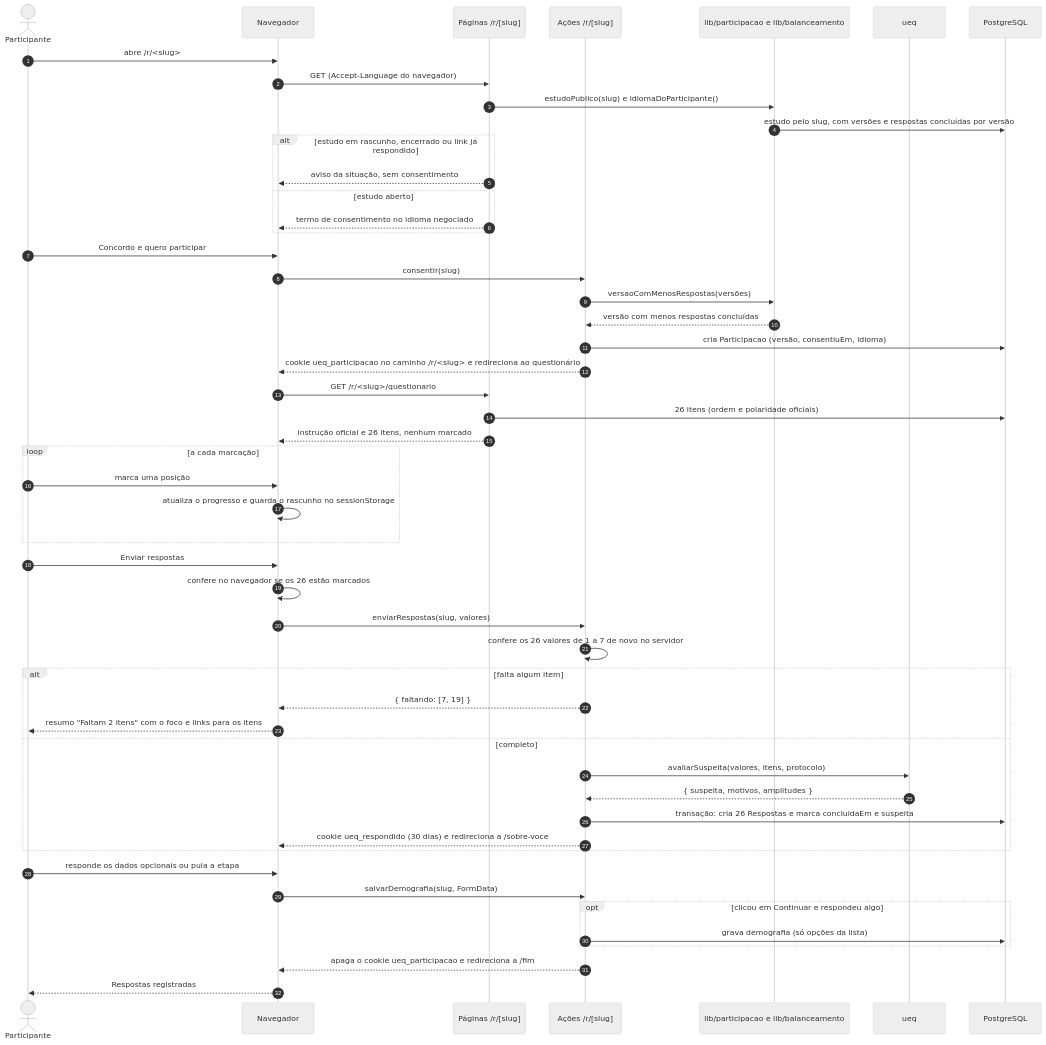
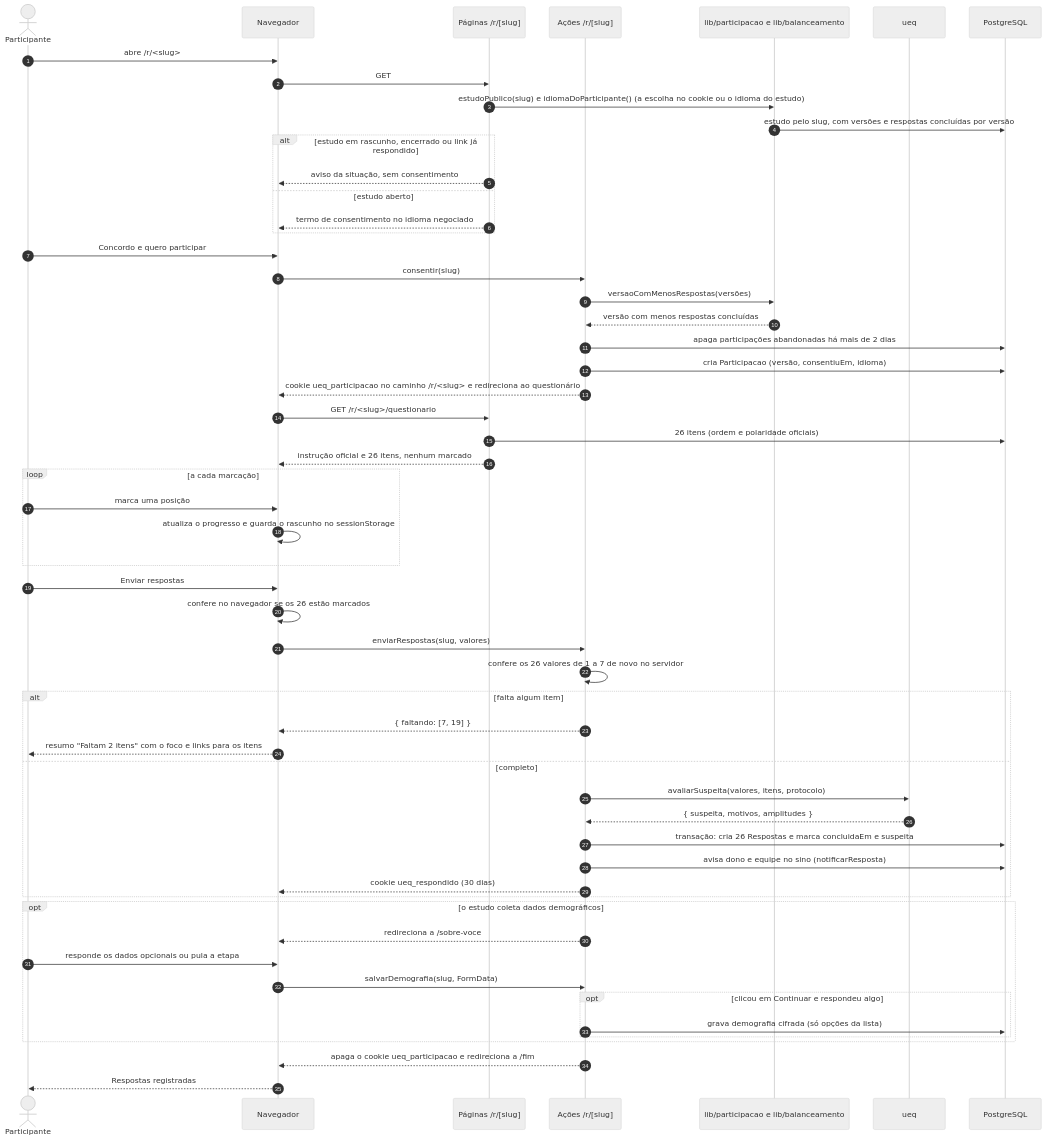
Before and after one commit to gabrielfjm/ueq_form_ihc: the second of 8 diagrams in docs/documentacao/diagramas-de-sequencia.md, drawn with Mermaid (neutral theme). The commit also changed other lines of this file and 54 other files, not shown here.

````diff
--- a/docs/documentacao/diagramas-de-sequencia.md
+++ b/docs/documentacao/diagramas-de-sequencia.md
@@ -68,58 +84,63 @@
 ```mermaid
 sequenceDiagram
     autonumber
     actor Part as Participante
     participant Nav as Navegador
     participant Pag as Páginas /r/[slug]
     participant Acao as Ações /r/[slug]
     participant Lib as lib/participacao e lib/balanceamento
     participant Ueq as ueq
     participant BD as PostgreSQL
 
     Part->>Nav: abre /r/<slug>
-    Nav->>Pag: GET (Accept-Language do navegador)
-    Pag->>Lib: estudoPublico(slug) e idiomaDoParticipante()
+    Nav->>Pag: GET
+    Pag->>Lib: estudoPublico(slug) e idiomaDoParticipante() (a escolha no cookie ou o idioma do estudo)
     Lib->>BD: estudo pelo slug, com versões e respostas concluídas por versão
     alt estudo em rascunho, encerrado ou link já respondido
         Pag-->>Nav: aviso da situação, sem consentimento
     else estudo aberto
         Pag-->>Nav: termo de consentimento no idioma negociado
     end
 
     Part->>Nav: Concordo e quero participar
     Nav->>Acao: consentir(slug)
     Acao->>Lib: versaoComMenosRespostas(versões)
     Lib-->>Acao: versão com menos respostas concluídas
+    Acao->>BD: apaga participações abandonadas há mais de 2 dias
     Acao->>BD: cria Participacao (versão, consentiuEm, idioma)
     Acao-->>Nav: cookie ueq_participacao no caminho /r/<slug> e redireciona ao questionário
 
     Nav->>Pag: GET /r/<slug>/questionario
     Pag->>BD: 26 itens (ordem e polaridade oficiais)
     Pag-->>Nav: instrução oficial e 26 itens, nenhum marcado
     loop a cada marcação
         Part->>Nav: marca uma posição
         Nav->>Nav: atualiza o progresso e guarda o rascunho no sessionStorage
     end
 
     Part->>Nav: Enviar respostas
     Nav->>Nav: confere no navegador se os 26 estão marcados
     Nav->>Acao: enviarRespostas(slug, valores)
     Acao->>Acao: confere os 26 valores de 1 a 7 de novo no servidor
     alt falta algum item
         Acao-->>Nav: { faltando: [7, 19] }
         Nav-->>Part: resumo "Faltam 2 itens" com o foco e links para os itens
     else completo
         Acao->>Ueq: avaliarSuspeita(valores, itens, protocolo)
         Ueq-->>Acao: { suspeita, motivos, amplitudes }
         Acao->>BD: transação: cria 26 Respostas e marca concluidaEm e suspeita
-        Acao-->>Nav: cookie ueq_respondido (30 dias) e redireciona a /sobre-voce
+        Acao->>BD: avisa dono e equipe no sino (notificarResposta)
+        Acao-->>Nav: cookie ueq_respondido (30 dias)
     end
 
-    Part->>Nav: responde os dados opcionais ou pula a etapa
-    Nav->>Acao: salvarDemografia(slug, FormData)
-    opt clicou em Continuar e respondeu algo
-        Acao->>BD: grava demografia (só opções da lista)
+    opt o estudo coleta dados demográficos
+        Acao-->>Nav: redireciona a /sobre-voce
+        Part->>Nav: responde os dados opcionais ou pula a etapa
+        Nav->>Acao: salvarDemografia(slug, FormData)
+        opt clicou em Continuar e respondeu algo
+            Acao->>BD: grava demografia cifrada (só opções da lista)
+        end
     end
     Acao-->>Nav: apaga o cookie ueq_participacao e redireciona a /fim
     Nav-->>Part: Respostas registradas
 ```
````
